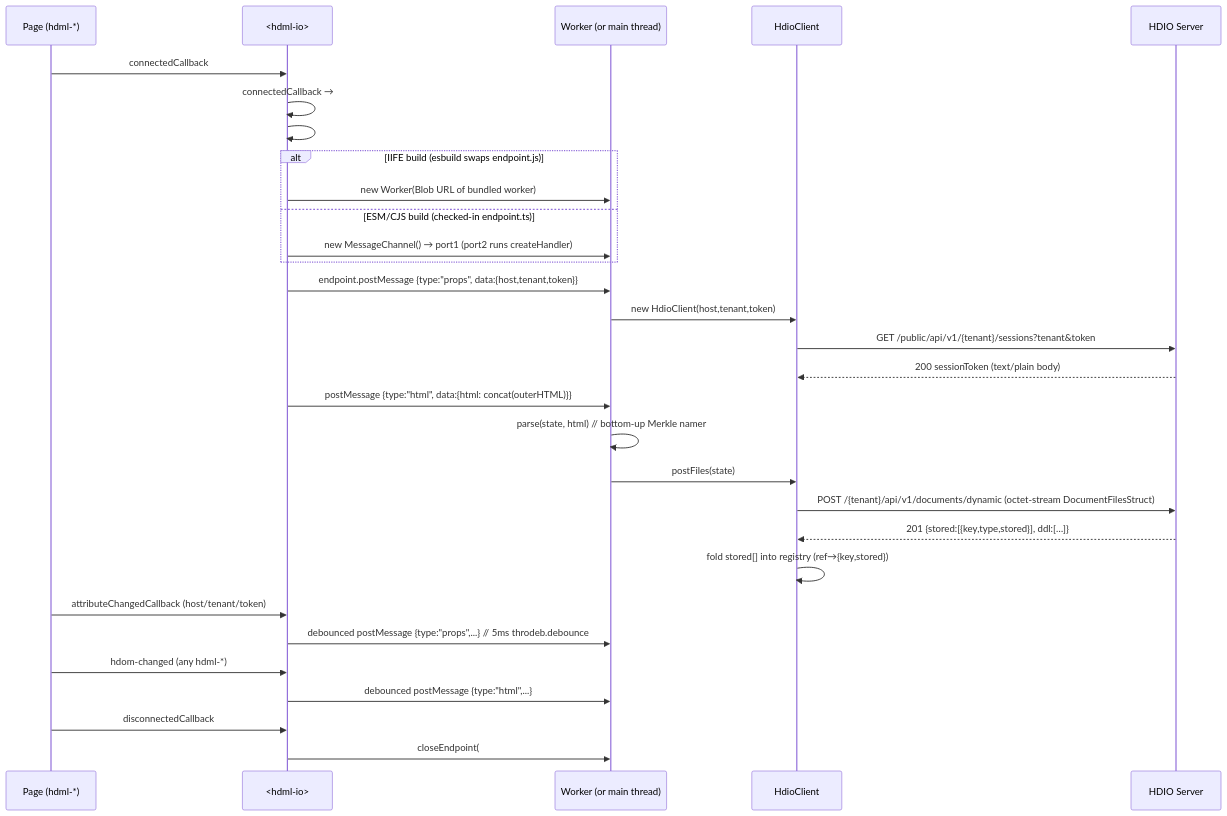
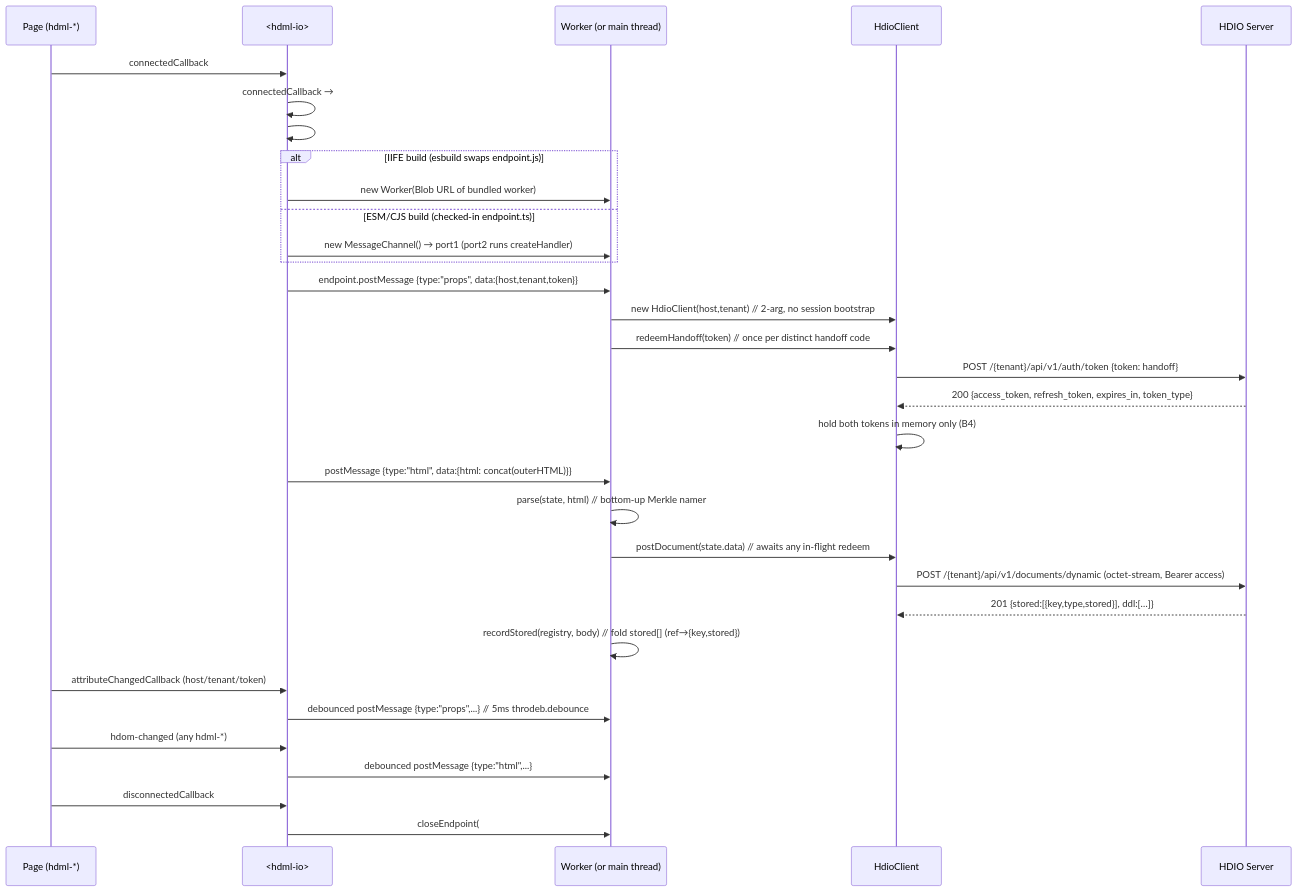
Before and after one commit to HDML-Foundation/HDML-Components: the diagram in docs/hdio-client.md, drawn with Mermaid. The commit also changed other lines of this file and 8 other files, not shown here.

````diff
--- a/docs/hdio-client.md
+++ b/docs/hdio-client.md
@@ -31,33 +35,35 @@
 ```mermaid
 sequenceDiagram
   participant Page as Page (hdml-*)
   participant Io as <hdml-io>
   participant W as Worker (or main thread)
   participant C as HdioClient
   participant S as HDIO Server
 
   Page->>Io: connectedCallback
   Io->>Io: connectedCallback → #enableMessagable, #listenHdomChanges
   Io->>Io: #endpoint = createEndpoint(); #endpoint.onmessage = #onMessage
   alt IIFE build (esbuild swaps endpoint.js)
     Io->>W: new Worker(Blob URL of bundled worker)
   else ESM/CJS build (checked-in endpoint.ts)
     Io->>W: new MessageChannel() → port1 (port2 runs createHandler)
   end
   Io->>W: endpoint.postMessage {type:"props", data:{host,tenant,token}}
-  W->>C: new HdioClient(host,tenant,token)
-  C->>S: GET /public/api/v1/{tenant}/sessions?tenant&token
-  S-->>C: 200 sessionToken (text/plain body)
+  W->>C: new HdioClient(host,tenant)  // 2-arg, no session bootstrap
+  W->>C: redeemHandoff(token)  // once per distinct handoff code
+  C->>S: POST /{tenant}/api/v1/auth/token  {token: handoff}
+  S-->>C: 200 {access_token, refresh_token, expires_in, token_type}
+  C->>C: hold both tokens in memory only (B4)
   Io->>W: postMessage {type:"html", data:{html: concat(outerHTML)}}
   W->>W: parse(state, html)  // bottom-up Merkle namer
-  W->>C: postFiles(state)
-  C->>S: POST /{tenant}/api/v1/documents/dynamic  (octet-stream DocumentFilesStruct)
+  W->>C: postDocument(state.data)  // awaits any in-flight redeem
+  C->>S: POST /{tenant}/api/v1/documents/dynamic  (octet-stream, Bearer access)
   S-->>C: 201 {stored:[{key,type,stored}], ddl:[…]}
-  C->>C: fold stored[] into registry (ref→{key,stored})
+  W->>W: recordStored(registry, body)  // fold stored[] (ref→{key,stored})
   Page->>Io: attributeChangedCallback (host/tenant/token)
   Io->>W: debounced postMessage {type:"props",...}  // 5ms throdeb.debounce
   Page->>Io: hdom-changed (any hdml-*)
   Io->>W: debounced postMessage {type:"html",...}
   Page->>Io: disconnectedCallback
   Io->>W: closeEndpoint(#endpoint)  // terminate() (Worker) / close() (port1)
 ```
````
